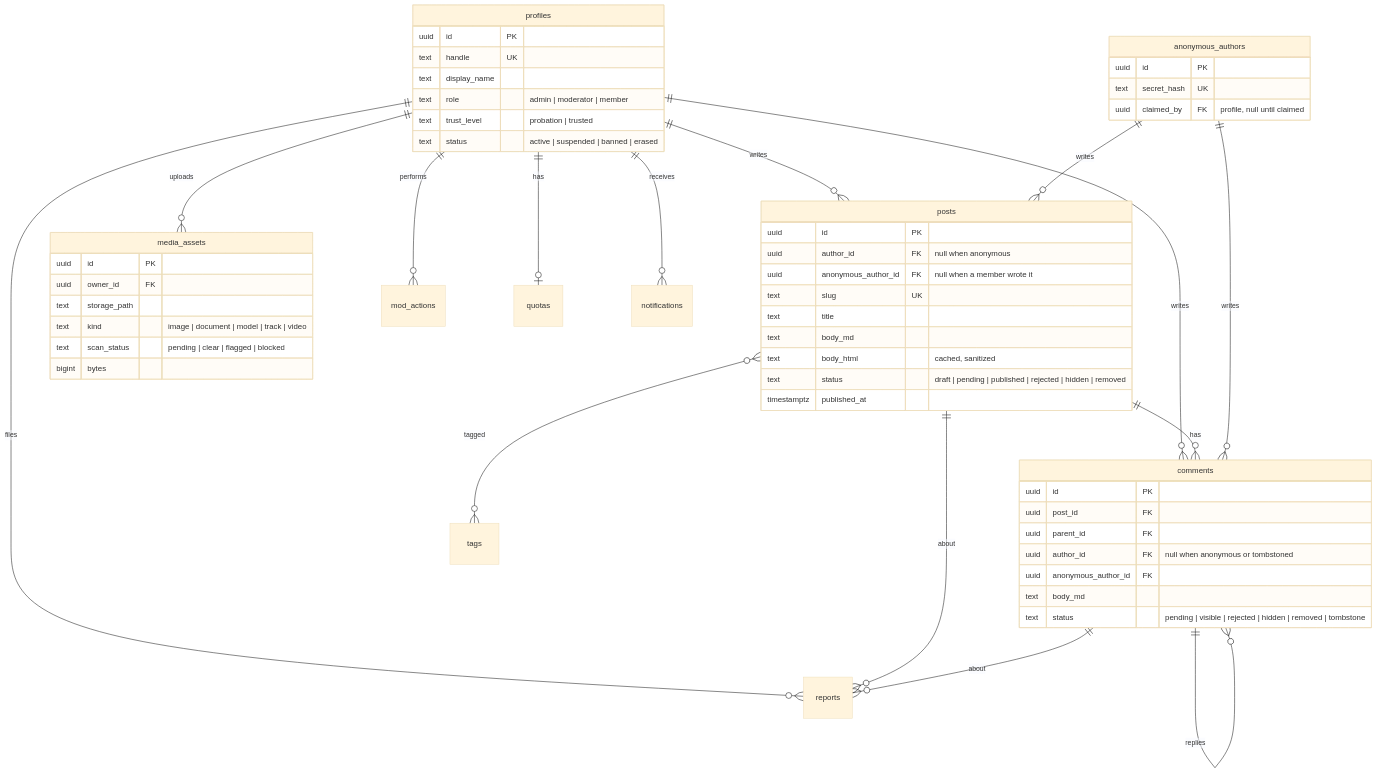
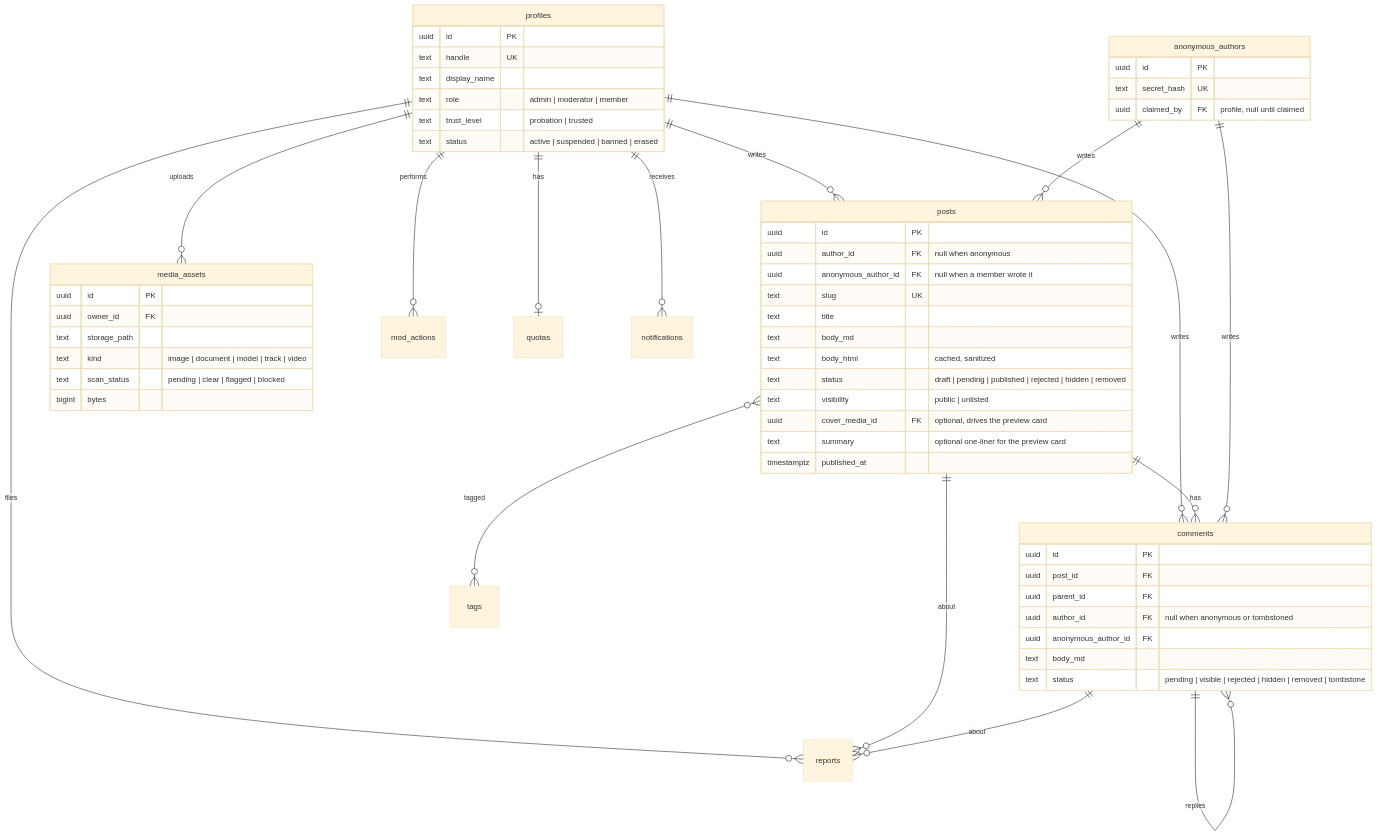
Before and after one commit to Wintaru/porchlight: the second of 2 diagrams in PROPOSAL.md, drawn with Mermaid (base theme). The commit also changed 1 other file, not shown here.

Commit message:
docs: settle D18, unlisted visibility and an author-shaped preview card
Unlisted covers "share with my Discord, not the whole porch". One
OpenGraph tag set and a generated image serve every chat app's crawler.

````diff
--- a/PROPOSAL.md
+++ b/PROPOSAL.md
@@ -138,59 +138,62 @@
 ```mermaid
 erDiagram
   profiles ||--o{ posts : writes
   profiles ||--o{ comments : writes
   profiles ||--o{ media_assets : uploads
   profiles ||--o{ reports : files
   profiles ||--o{ mod_actions : performs
   posts ||--o{ comments : has
   posts }o--o{ tags : tagged
   comments ||--o{ comments : replies
   posts ||--o{ reports : about
   comments ||--o{ reports : about
   profiles ||--o| quotas : has
   anonymous_authors ||--o{ posts : writes
   anonymous_authors ||--o{ comments : writes
   profiles ||--o{ notifications : receives
 
   profiles {
     uuid id PK
     text handle UK
     text display_name
     text role "admin | moderator | member"
     text trust_level "probation | trusted"
     text status "active | suspended | banned | erased"
   }
   anonymous_authors {
     uuid id PK
     text secret_hash UK
     uuid claimed_by FK "profile, null until claimed"
   }
   posts {
     uuid id PK
     uuid author_id FK "null when anonymous"
     uuid anonymous_author_id FK "null when a member wrote it"
     text slug UK
     text title
     text body_md
     text body_html "cached, sanitized"
     text status "draft | pending | published | rejected | hidden | removed"
+    text visibility "public | unlisted"
+    uuid cover_media_id FK "optional, drives the preview card"
+    text summary "optional one-liner for the preview card"
     timestamptz published_at
   }
   comments {
     uuid id PK
     uuid post_id FK
     uuid parent_id FK
     uuid author_id FK "null when anonymous or tombstoned"
     uuid anonymous_author_id FK
     text body_md
     text status "pending | visible | rejected | hidden | removed | tombstone"
   }
   media_assets {
     uuid id PK
     uuid owner_id FK
     text storage_path
     text kind "image | document | model | track | video"
     text scan_status "pending | clear | flagged | blocked"
     bigint bytes
   }
 ```
````
